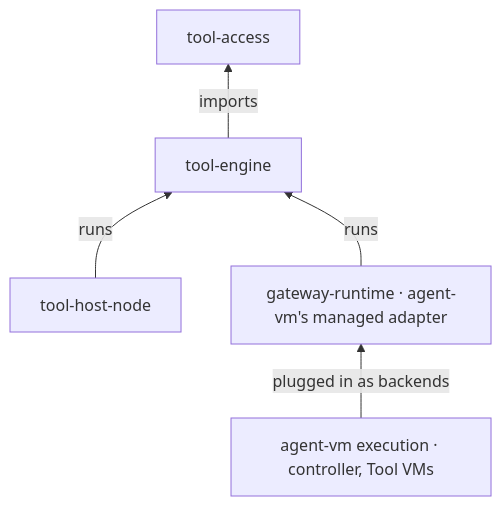
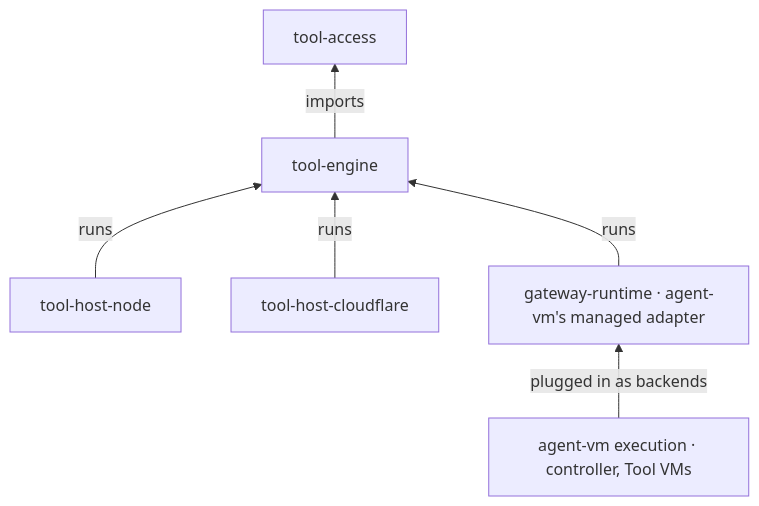
The second of 4 diagrams in docs/specs/2026-10-14-portable-tool-portal-hosts/program-design.md (ShravanSunder/agent-vm), drawn with Mermaid before and after one commit. The commit also changed other lines of this file and 5 other files, not shown here.

First line of the commit message:
Design the Cloudflare Worker host and reconcile the Requirements scope

````diff
--- a/docs/specs/2026-10-14-portable-tool-portal-hosts/program-design.md
+++ b/docs/specs/2026-10-14-portable-tool-portal-hosts/program-design.md
@@ -56,7 +58,8 @@
 ```mermaid
 flowchart BT
   Engine[tool-engine] -->|imports| Access[tool-access]
   Host[tool-host-node] -->|runs| Engine
+  CF[tool-host-cloudflare] -->|runs| Engine
   Managed[gateway-runtime · agent-vm's managed adapter] -->|runs| Engine
   Exec[agent-vm execution · controller, Tool VMs] -->|plugged in as backends| Managed
 ```
````
